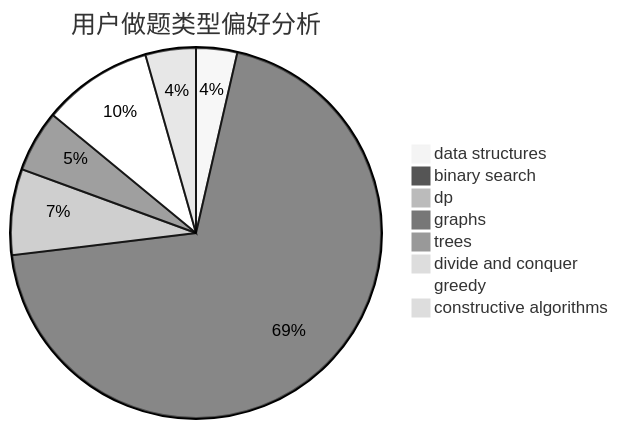
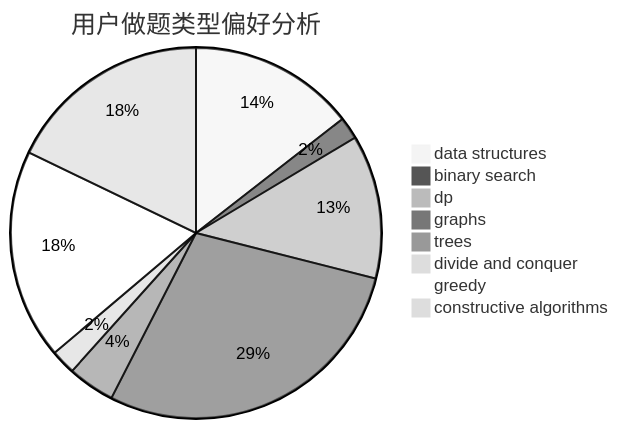
The second of 3 diagrams in docs/user/u378.md (sherpahu/cfrs.github.io), drawn with Mermaid (neutral theme) before and after one commit. The commit also changed other lines of this file and 2770 other files, not shown here.

````diff
--- a/docs/user/u378.md
+++ b/docs/user/u378.md
@@ -23,11 +23,11 @@
 ```mermaid
 pie title 用户做题类型偏好分析
-    "data structures" :  22
-    "binary search" :  426
-    "dp" :  46
-    "graphs" :  33
-    "trees" :  4
-    "divide and conquer" :  0
-    "greedy" :  59
-    "constructive algorithms" :  27
+    "data structures" :  120
+    "binary search" :  16
+    "dp" :  104
+    "graphs" :  237
+    "trees" :  34
+    "divide and conquer" :  18
+    "greedy" :  152
+    "constructive algorithms" :  148
 ```
````
